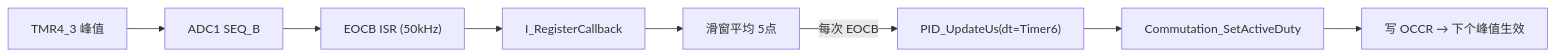
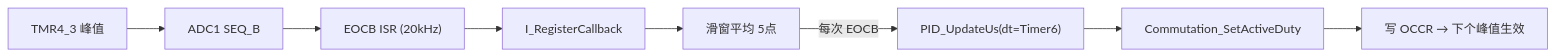
The first of 2 diagrams in ws_L_v.1.0.2/PI电流环.md (HCHCHC99/WS_L), drawn with Mermaid before and after one commit. The commit also changed other lines of this file and 4 other files, not shown here.

````diff
--- a/ws_L_v.1.0.2/PI电流环.md
+++ b/ws_L_v.1.0.2/PI电流环.md
@@ -91,10 +91,10 @@
 ```mermaid
 flowchart LR
     PWM["TMR4_3 峰值"] --> ADC["ADC1 SEQ_B"]
-    ADC --> ISR["EOCB ISR (50kHz)"]
+    ADC --> ISR["EOCB ISR (20kHz)"]
     ISR --> CB["I_RegisterCallback"]
     CB --> ACC["滑窗平均 5点"]
     ACC -->|"每次 EOCB"| CTL["PID_UpdateUs(dt=Timer6)"]
     CTL --> DUTY["Commutation_SetActiveDuty"]
     DUTY --> OCCR["写 OCCR → 下个峰值生效"]
 ```
````
